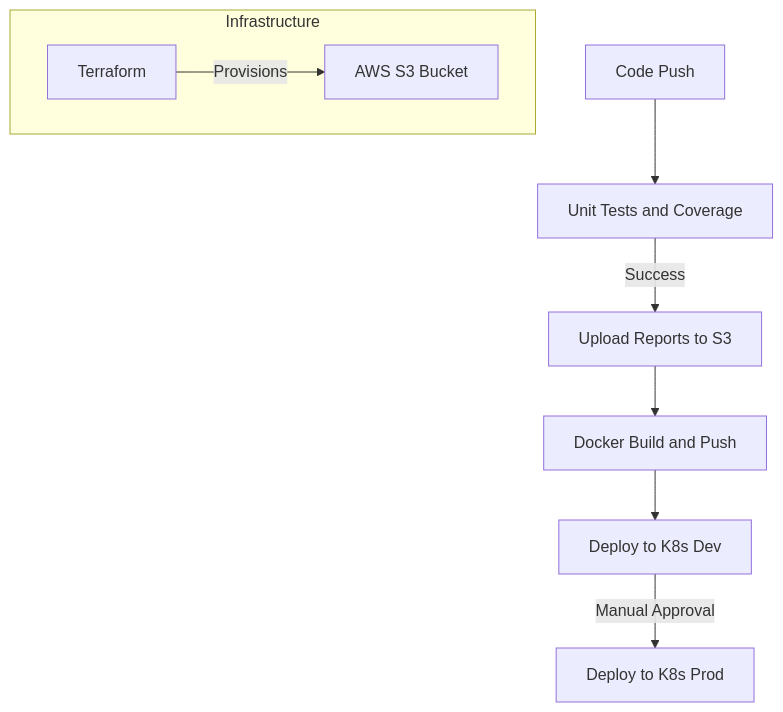
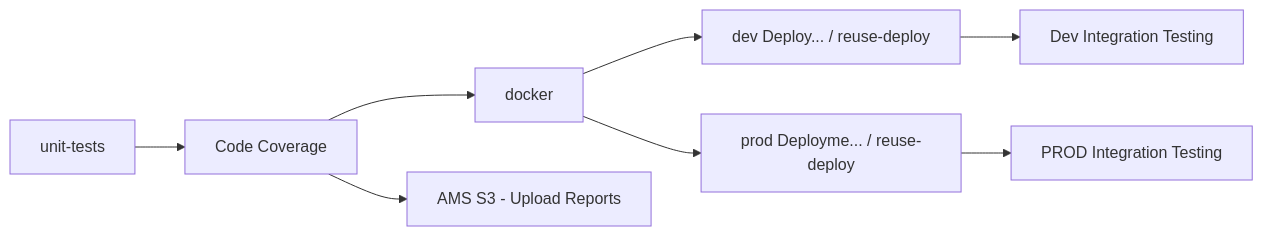
The diagram in README.md (ShadyYasser2003/solar-system), drawn with Mermaid before and after one commit.

````diff
--- a/README.md
+++ b/README.md
@@ -17,12 +17,10 @@
 ```mermaid
-graph TD
-    Push[Code Push] --> Test[Unit Tests and Coverage]
-    Test -->|Success| Upload[Upload Reports to S3]
-    Upload --> Build[Docker Build and Push]
-    Build --> DeployDev[Deploy to K8s Dev]
-    DeployDev -->|Manual Approval| DeployProd[Deploy to K8s Prod]
-    
-    subgraph Infrastructure
-    Terraform -->|Provisions| S3[AWS S3 Bucket]
-    end
+graph LR
+    UnitTests[unit-tests] --> CodeCoverage[Code Coverage]
+    CodeCoverage --> Docker[docker]
+    CodeCoverage --> S3Upload[AMS S3 - Upload Reports]
+    Docker --> DevDeploy["dev Deploy... / reuse-deploy"]
+    DevDeploy --> DevTest[Dev Integration Testing]
+    Docker --> ProdDeploy["prod Deployme... / reuse-deploy"]
+    ProdDeploy --> ProdTest[PROD Integration Testing]
 ```
````
